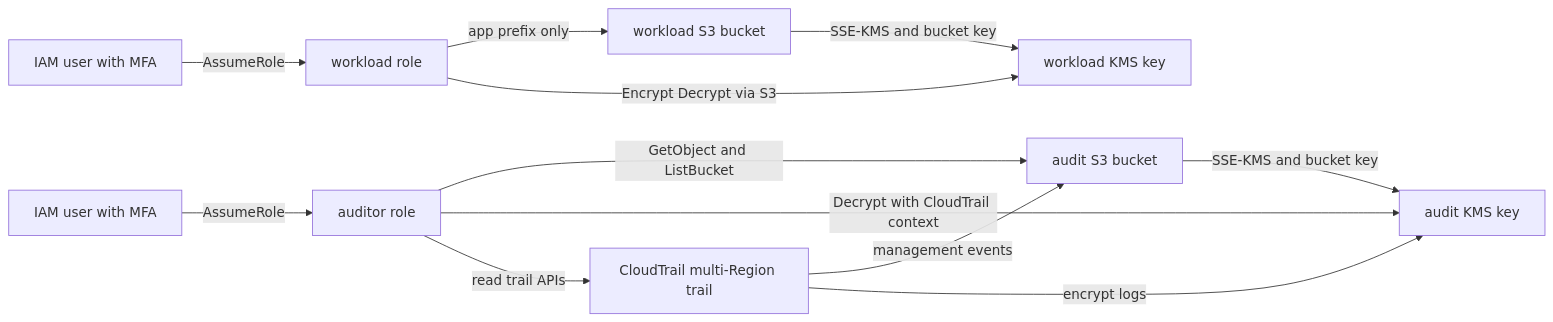
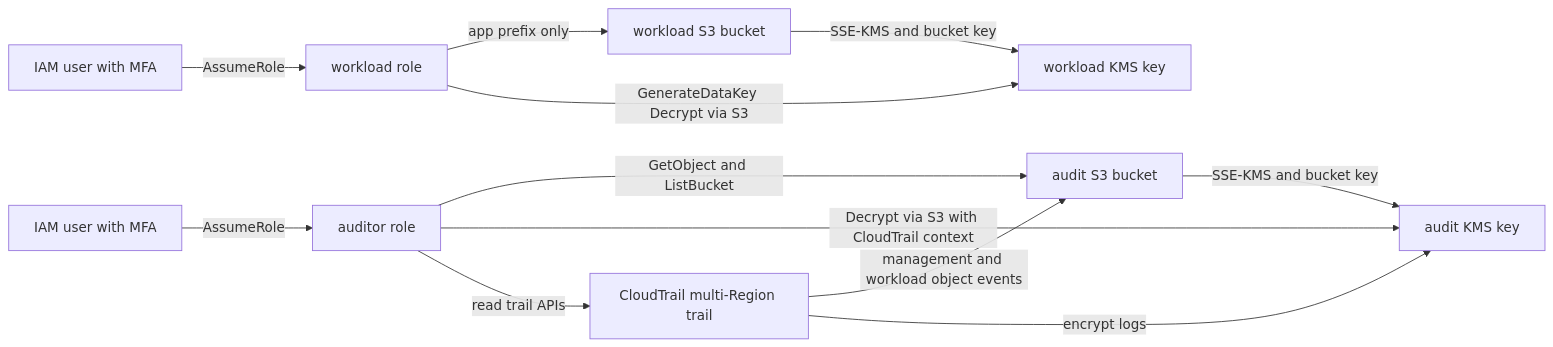
One commit to mikedsosa/aws-audit-baseline changed the diagram in docs/ARCHITECTURE.md. Above: the diagram before and after it, drawn with Mermaid. The commit also changed other lines of this file and 16 other files, not shown here.

````diff
--- a/docs/ARCHITECTURE.md
+++ b/docs/ARCHITECTURE.md
@@ -9,24 +9,24 @@
 ```mermaid
 flowchart LR
   workloadUser[IAM user with MFA]
   auditorUser[IAM user with MFA]
   workloadRole[workload role]
   auditorRole[auditor role]
   dataBucket[workload S3 bucket]
   logsBucket[audit S3 bucket]
   dataKey[workload KMS key]
   auditKey[audit KMS key]
   trail[CloudTrail multi-Region trail]
 
   workloadUser -->|AssumeRole| workloadRole
   auditorUser -->|AssumeRole| auditorRole
   workloadRole -->|app prefix only| dataBucket
-  workloadRole -->|Encrypt Decrypt via S3| dataKey
+  workloadRole -->|GenerateDataKey Decrypt via S3| dataKey
   dataBucket -->|SSE-KMS and bucket key| dataKey
-  trail -->|management events| logsBucket
+  trail -->|management and workload object events| logsBucket
   trail -->|encrypt logs| auditKey
   logsBucket -->|SSE-KMS and bucket key| auditKey
   auditorRole -->|GetObject and ListBucket| logsBucket
-  auditorRole -->|Decrypt with CloudTrail context| auditKey
+  auditorRole -->|Decrypt via S3 with CloudTrail context| auditKey
   auditorRole -->|read trail APIs| trail
 ```
````
